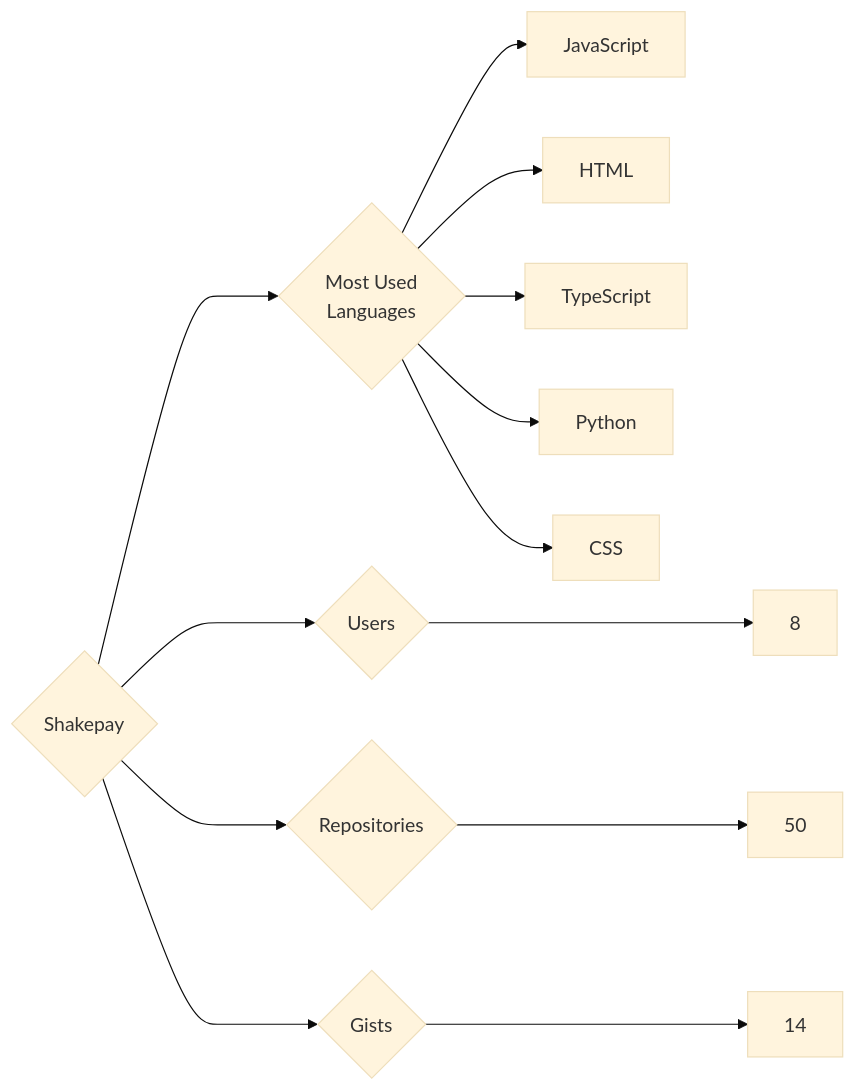
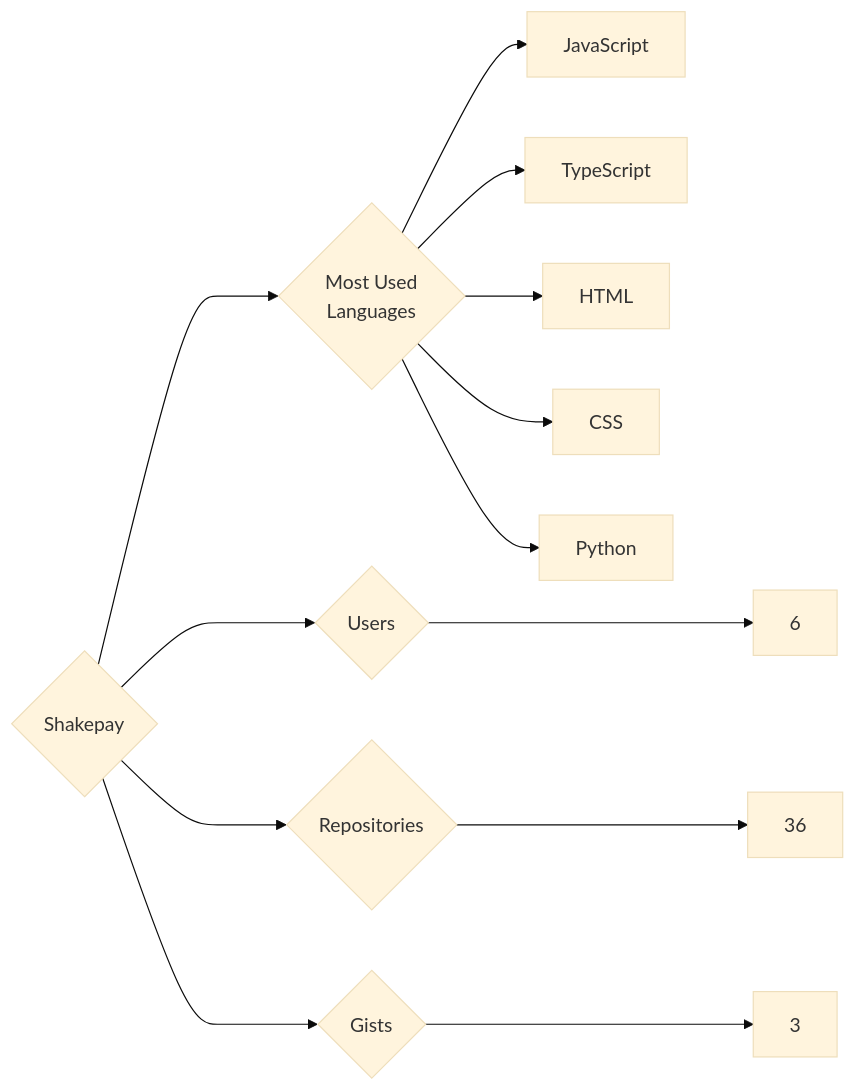
One commit to trickest/insiders changed the diagram in targets/Shakepay/README.md. Above: the diagram before and after it, drawn with Mermaid (base theme). The commit also changed 898 other files, not shown here.

````diff
--- a/targets/Shakepay/README.md
+++ b/targets/Shakepay/README.md
@@ -3,13 +3,13 @@
 ```mermaid
 graph LR
 COMPANY_NAME{Shakepay}
-COMPANY_NAME ---> U{Users} ---> UN[8]
-COMPANY_NAME ---> R{Repositories} ---> RN[50]
-COMPANY_NAME ---> G{Gists} ---> GN[14]
+COMPANY_NAME ---> U{Users} ---> UN[6]
+COMPANY_NAME ---> R{Repositories} ---> RN[36]
+COMPANY_NAME ---> G{Gists} ---> GN[3]
 COMPANY_NAME ---> ML{Most Used<br>Languages}
 ML --> JavaScript[JavaScript]
+ML --> TypeScript[TypeScript]
 ML --> HTML[HTML]
-ML --> TypeScript[TypeScript]
+ML --> CSS[CSS]
 ML --> Python[Python]
-ML --> CSS[CSS]
 ```
````
